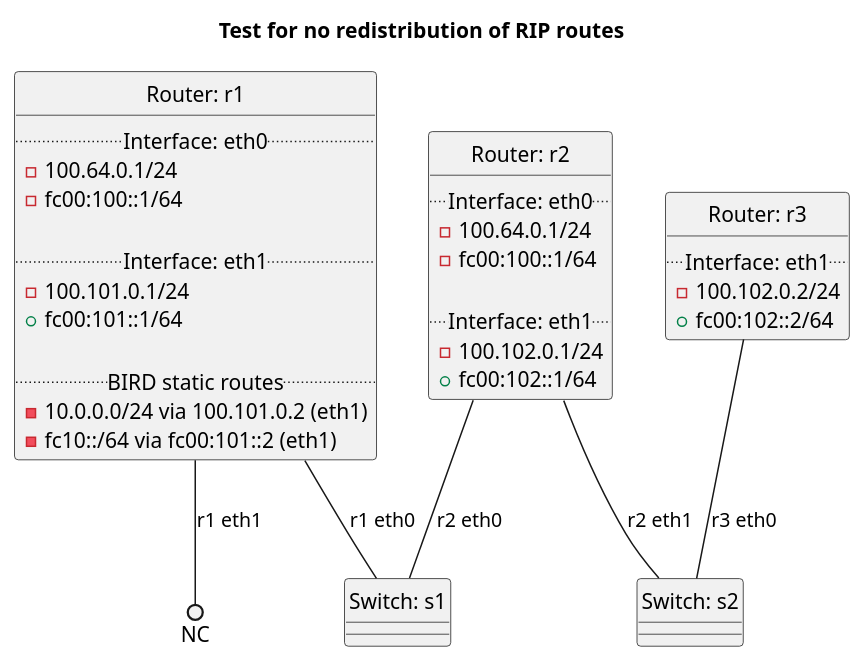
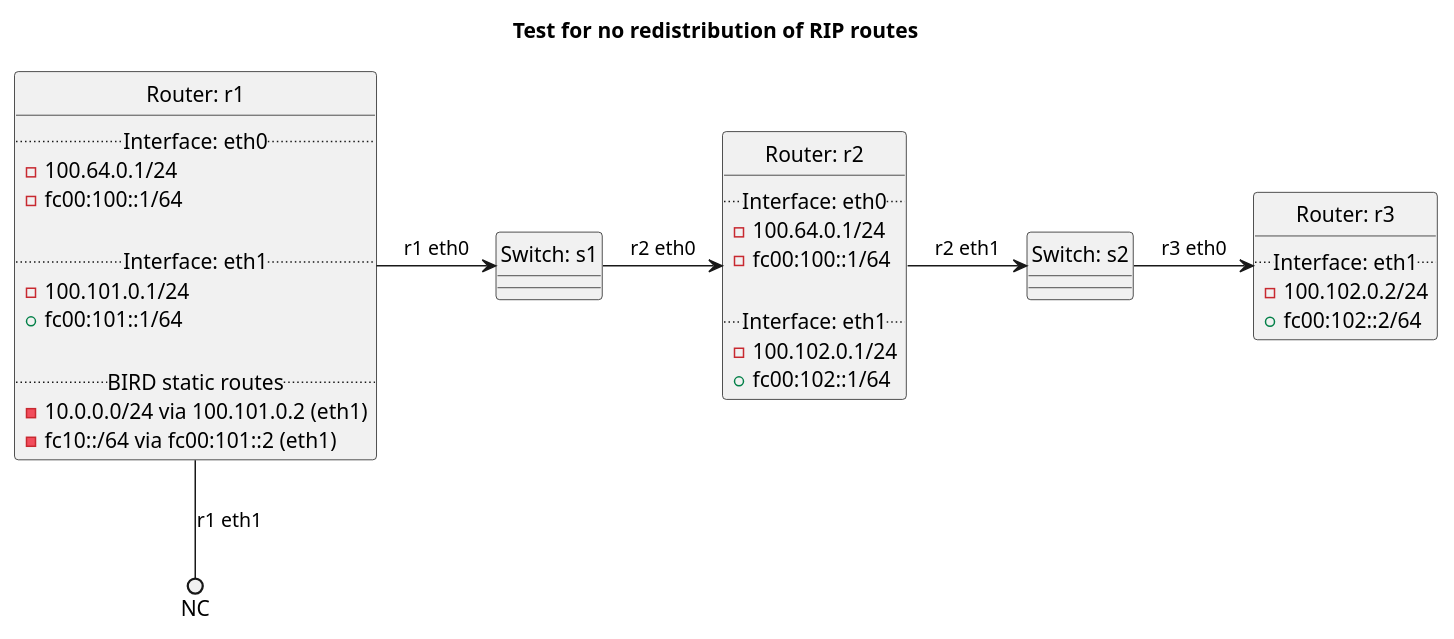
Before and after one commit to oscdev-io/birdplan: the diagram in tests/t20_rip/t20_redistribute_rip/README.md, drawn with PlantUML. The commit also changed other lines of this file and 327 other files, not shown here.

````diff
--- a/tests/t20_rip/t20_redistribute_rip/README.md
+++ b/tests/t20_rip/t20_redistribute_rip/README.md
@@ -14,53 +19,53 @@
 ```plantuml
 @startuml
 hide circle
 title Test for no redistribution of RIP routes
 
 
 class "Router: r1" {
   .. Interface: eth0 ..
 - 100.64.0.1/24
 - fc00:100::1/64
 
   .. Interface: eth1 ..
 - 100.101.0.1/24
 + fc00:101::1/64
 
   .. BIRD static routes ..
 - 10.0.0.0/24 via 100.101.0.2 (eth1)
 - fc10::/64 via fc00:101::2 (eth1)
 }
 
 
 class "Router: r2" {
   .. Interface: eth0 ..
 - 100.64.0.1/24
 - fc00:100::1/64
 
   .. Interface: eth1 ..
 - 100.102.0.1/24
 + fc00:102::1/64
 }
 
 
 class "Router: r3" {
   .. Interface: eth1 ..
 - 100.102.0.2/24
 + fc00:102::2/64
 }
 
 
 class "Switch: s1" {}
 class "Switch: s2" {}
 
 
-"Router: r1" -- "Switch: s1": r1 eth0
-"Router: r2" -- "Switch: s1": r2 eth0
+"Router: r1" -> "Switch: s1": r1 eth0
+"Switch: s1" -> "Router: r2": r2 eth0
 
-"Router: r2" -- "Switch: s2": r2 eth1
-"Router: r3" -- "Switch: s2": r3 eth0
+"Router: r2" -> "Switch: s2": r2 eth1
+"Switch: s2" -> "Router: r3": r3 eth0
 
 "Router: r1" --() NC: r1 eth1
 
 @enduml
 ```
````
